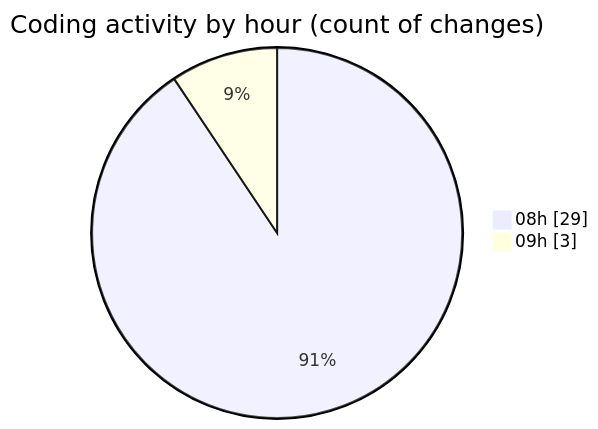
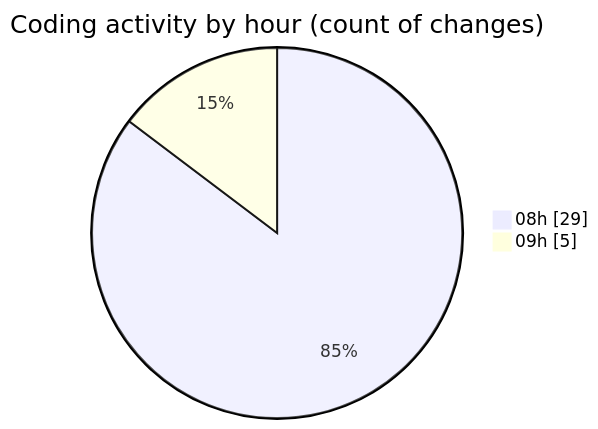
Before and after one commit to momahboobian/code-tracking: the second of 2 diagrams in 2025-04-09/cda/README.md, drawn with Mermaid. The commit also changed other lines of this file and 1 other file, not shown here.

````diff
--- a/2025-04-09/cda/README.md
+++ b/2025-04-09/cda/README.md
@@ -33,6 +33,6 @@
 ```mermaid
 pie showData
 title Coding activity by hour (count of changes)
 "08h" : 29
-"09h" : 3
+"09h" : 5
 ```
````
